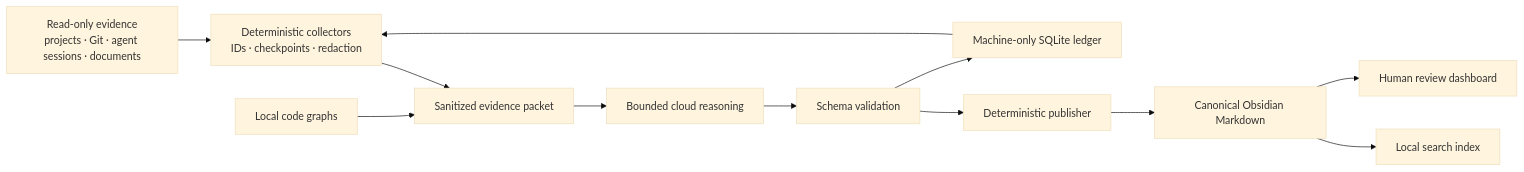
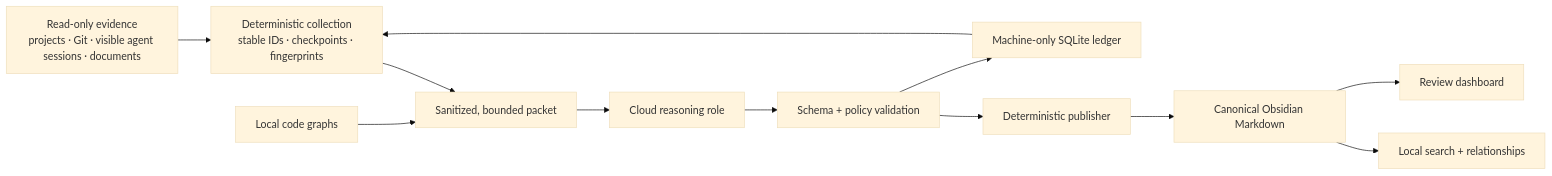
Before and after one commit to shaiadams10/sa-second-brain-protocol: the first of 2 diagrams in README.md, drawn with Mermaid (base theme). The commit also changed other lines of this file and 9 other files, not shown here.

````diff
--- a/README.md
+++ b/README.md
@@ -33,14 +44,14 @@
 ```mermaid
 flowchart LR
-    A["Read-only evidence<br/>projects · Git · agent sessions · documents"] --> B["Deterministic collectors<br/>IDs · checkpoints · redaction"]
-    B --> C["Sanitized evidence packet"]
-    C --> D["Bounded cloud reasoning"]
-    D --> E["Schema validation"]
+    A["Read-only evidence<br/>projects · Git · visible agent sessions · documents"] --> B["Deterministic collection<br/>stable IDs · checkpoints · fingerprints"]
+    B --> C["Sanitized, bounded packet"]
+    C --> D["Cloud reasoning role"]
+    D --> E["Schema + policy validation"]
     E --> F["Deterministic publisher"]
     F --> G["Canonical Obsidian Markdown"]
-    G --> H["Local search index"]
-    G --> I["Human review dashboard"]
+    G --> H["Local search + relationships"]
+    G --> I["Review dashboard"]
     J["Local code graphs"] --> C
     K["Machine-only SQLite ledger"] --> B
     E --> K
 ```
````
